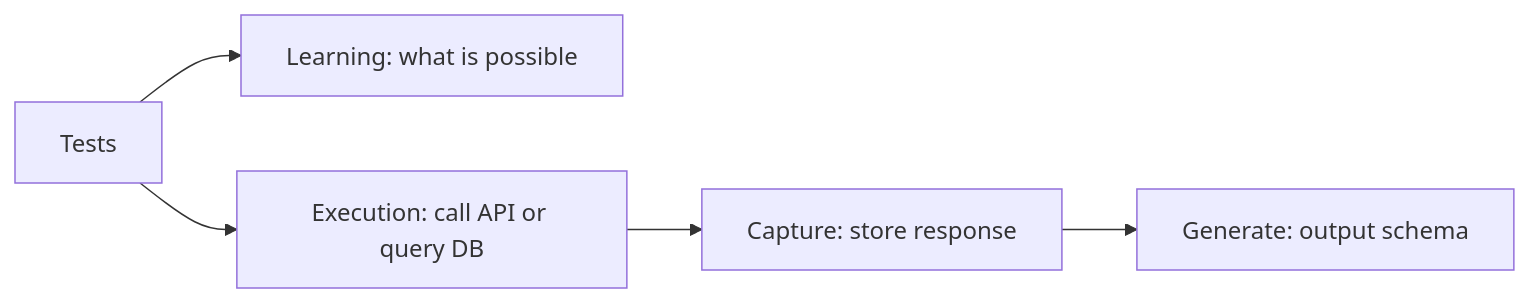
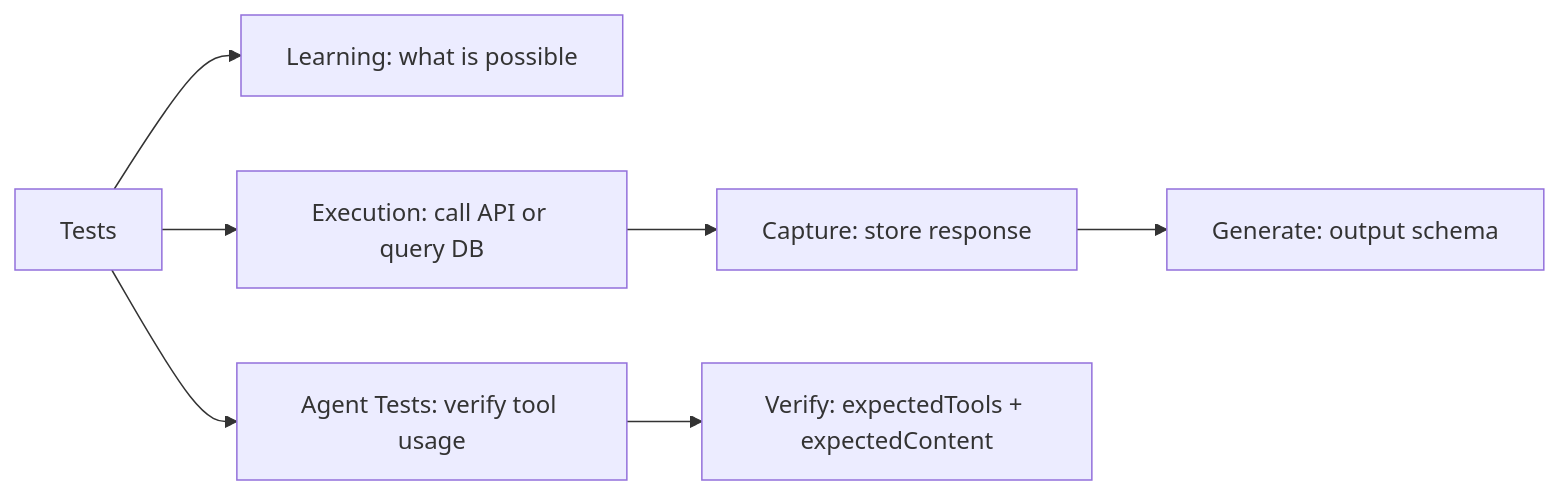
Before and after one commit to FlowMCP/flowmcp-spec: the first of 4 diagrams in spec/v3.0.0/10-tests.md, drawn with Mermaid. The commit also changed other lines of this file and 15 other files, not shown here.

````diff
--- a/spec/v3.0.0/10-tests.md
+++ b/spec/v3.0.0/10-tests.md
@@ -11,7 +11,9 @@
 ```mermaid
 flowchart LR
     A[Tests] --> B[Learning: what is possible]
     A --> C[Execution: call API or query DB]
-    C --> D[Capture: store response]
-    D --> E[Generate: output schema]
+    A --> D[Agent Tests: verify tool usage]
+    C --> E[Capture: store response]
+    E --> F[Generate: output schema]
+    D --> G[Verify: expectedTools + expectedContent]
 ```
````
